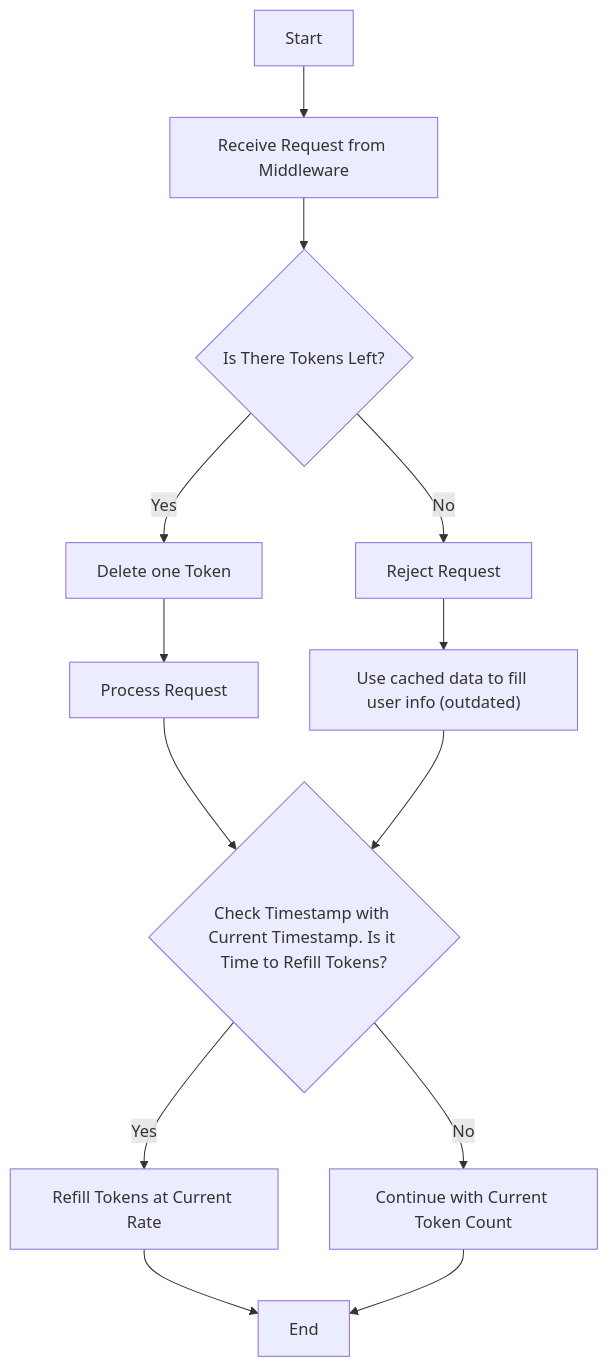
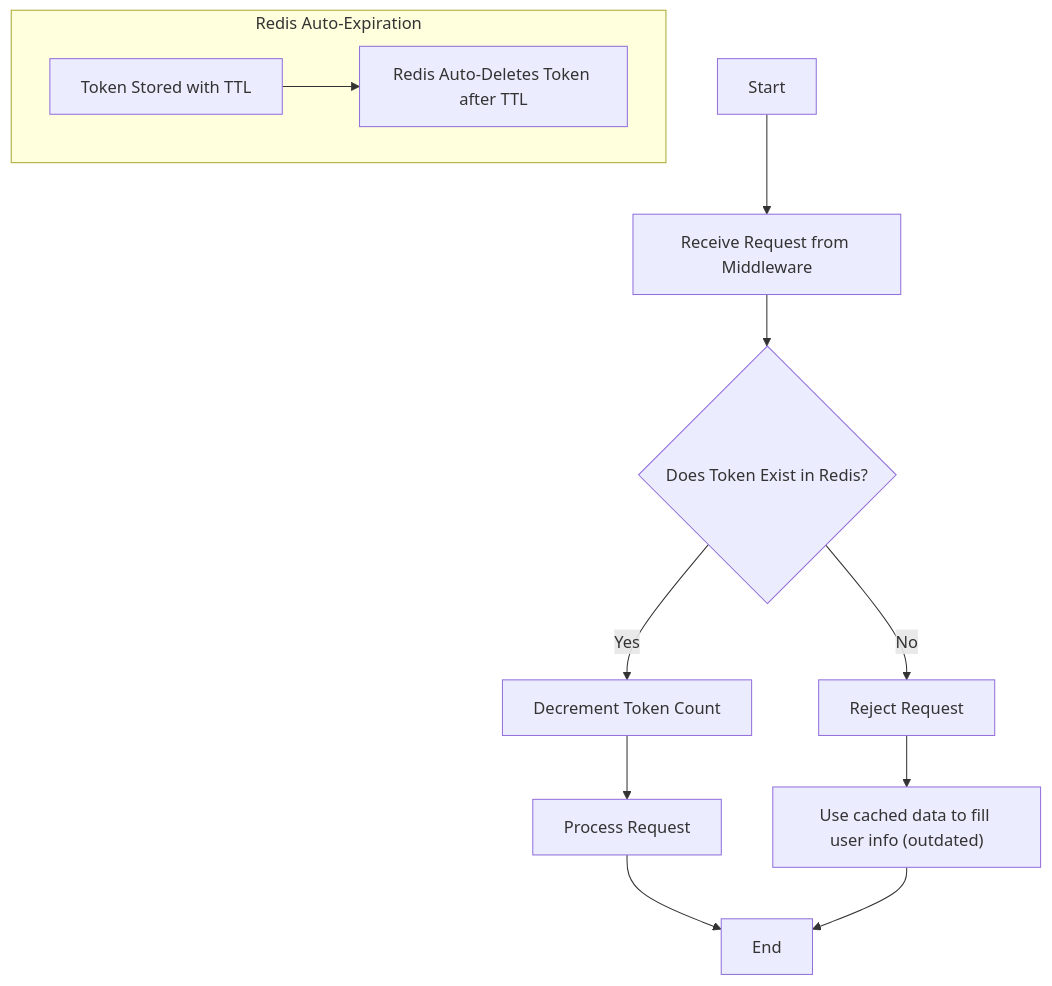
The diagram in src/rate-limit.md (Hemit99123/dailysat-software-designs), drawn with Mermaid before and after one commit.

````diff
--- a/src/rate-limit.md
+++ b/src/rate-limit.md
@@ -7,16 +7,14 @@
 ```mermaid
 flowchart 
     Start["Start"] --> ReceiveRequest["Receive Request from Middleware"]
-    ReceiveRequest --> CheckTokenAvailability{"Is There Tokens Left?"}
+    ReceiveRequest --> CheckTokenAvailability{"Does Token Exist in Redis?"}
     CheckTokenAvailability -- No --> RejectRequest["Reject Request"]
-    CheckTokenAvailability -- Yes --> ConsumeToken["Delete one Token"]
+    CheckTokenAvailability -- Yes --> ConsumeToken["Decrement Token Count"]
     ConsumeToken --> ProcessRequest["Process Request"]
-    ProcessRequest --> CheckRefill{"Check Timestamp with Current Timestamp. Is it Time to Refill Tokens?"}
+    ProcessRequest --> End["End"]
     RejectRequest --> CachedData["Use cached data to fill user info (outdated)"]
-    CachedData --> CheckRefill
-    CheckRefill -- Yes --> RefillTokens["Refill Tokens at Current Rate"]
-    CheckRefill -- No --> ContinueWithCurrentTokens["Continue with Current Token Count"]
-
-    RefillTokens --> End["End"]
-    ContinueWithCurrentTokens --> End
+    CachedData --> End
+    subgraph Redis["Redis Auto-Expiration"]
+        SetToken["Token Stored with TTL"] --> AutoDelete["Redis Auto-Deletes Token after TTL"]
+    end
 ```
````
